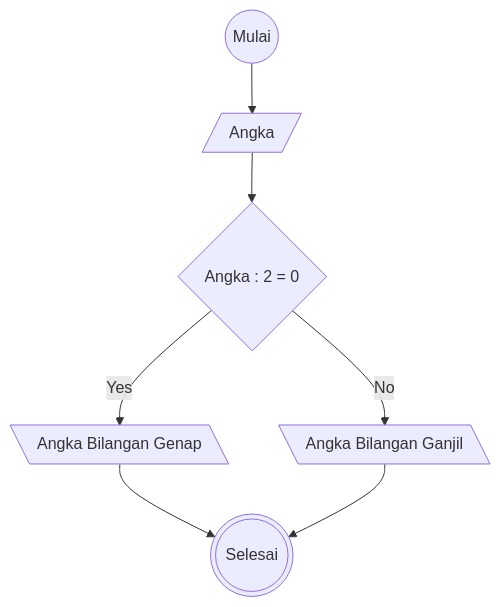
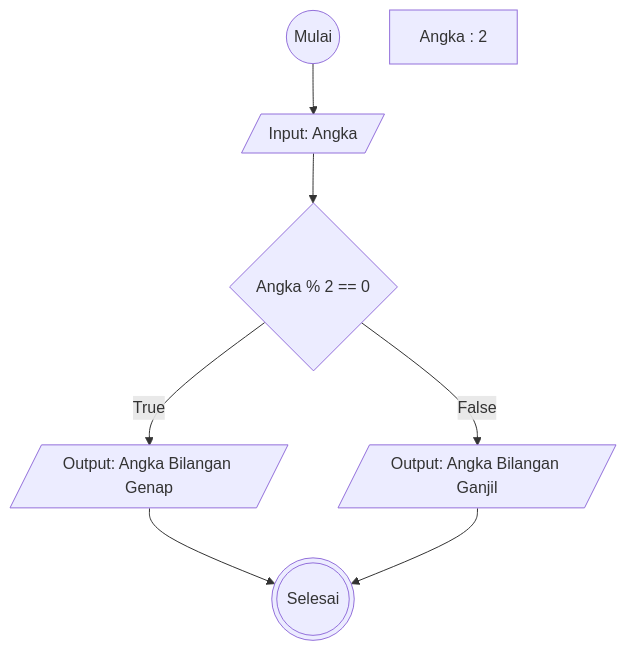
The diagram in flowchart-ganjil-genap.md (alhilalfathi/koda-b6-algoritma), drawn with Mermaid before and after one commit.

````diff
--- a/flowchart-ganjil-genap.md
+++ b/flowchart-ganjil-genap.md
@@ -1,13 +1,14 @@
 ```mermaid
 flowchart TD
     A@{ shape: circle, label: "Mulai" }
-    B@{ shape: lean-r, label: "Angka"}
-    C@{ shape: diamond, label: "Angka : 2 = 0"}
-    F@{ shape: lean-l, label: "Angka Bilangan Genap"}
-    G@{ shape: lean-l, label: "Angka Bilangan Ganjil"}
+    B@{ shape: lean-r, label: "Input: Angka"}
+    d@{ label: "Angka : 2"}
+    C@{ shape: diamond, label: "Angka % 2 == 0"}
+    F@{ shape: lean-r, label: "Output: Angka Bilangan Genap"}
+    G@{ shape: lean-r, label: "Output: Angka Bilangan Ganjil"}
     H@{ shape: dbl-circ, label: "Selesai"}
 
-A --> B --> C -- Yes --> F
-C -- No --> G
+A --> B --> C -- True --> F
+C -- False --> G
 F & G --> H
 ```
````
